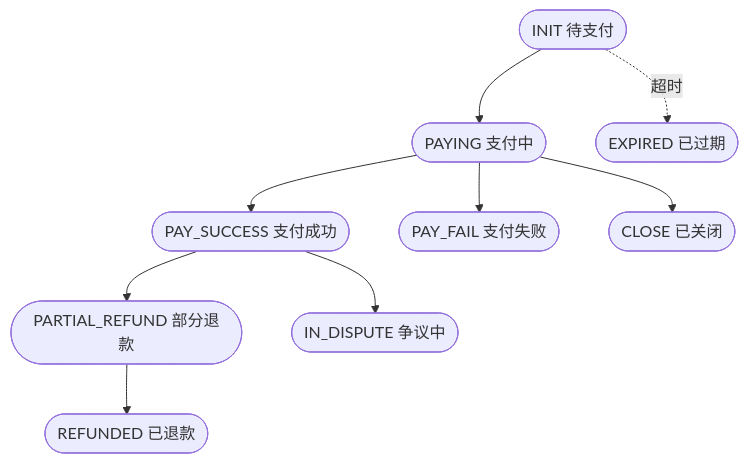
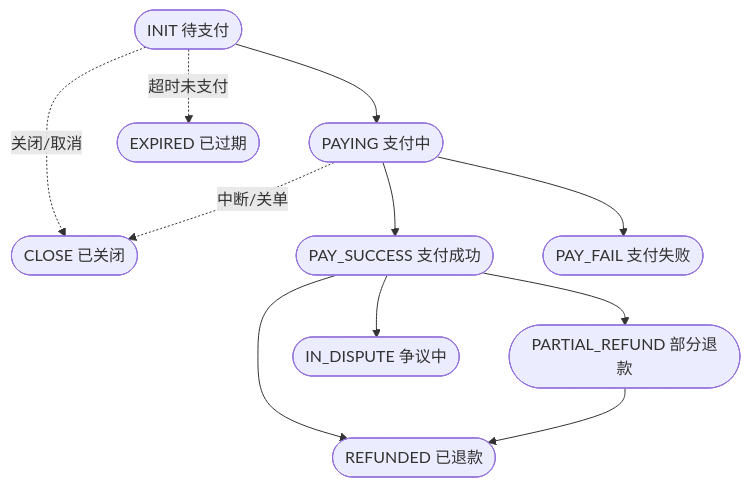
The diagram in src/concepts/order-lifecycle.mdx (liuchuan123/docs), drawn with Mermaid before and after one commit. The commit also changed other lines of this file and 22 other files, not shown here.

````diff
--- a/src/concepts/order-lifecycle.mdx
+++ b/src/concepts/order-lifecycle.mdx
@@ -25,11 +25,13 @@
 ```mermaid
 flowchart TD
     INIT([INIT 待支付]) --> PAYING([PAYING 支付中])
-    INIT -.超时.-> EXPIRED([EXPIRED 已过期])
+    INIT -.超时未支付.-> EXPIRED([EXPIRED 已过期])
+    INIT -.关闭/取消.-> CLOSE([CLOSE 已关闭])
     PAYING --> SUCCESS([PAY_SUCCESS 支付成功])
     PAYING --> FAIL([PAY_FAIL 支付失败])
-    PAYING --> CLOSE([CLOSE 已关闭])
+    PAYING -.中断/关单.-> CLOSE
     SUCCESS --> PARTIAL([PARTIAL_REFUND 部分退款])
+    SUCCESS --> REFUNDED([REFUNDED 已退款])
     SUCCESS --> DISPUTE([IN_DISPUTE 争议中])
-    PARTIAL --> REFUNDED([REFUNDED 已退款])
+    PARTIAL --> REFUNDED
 ```
````
